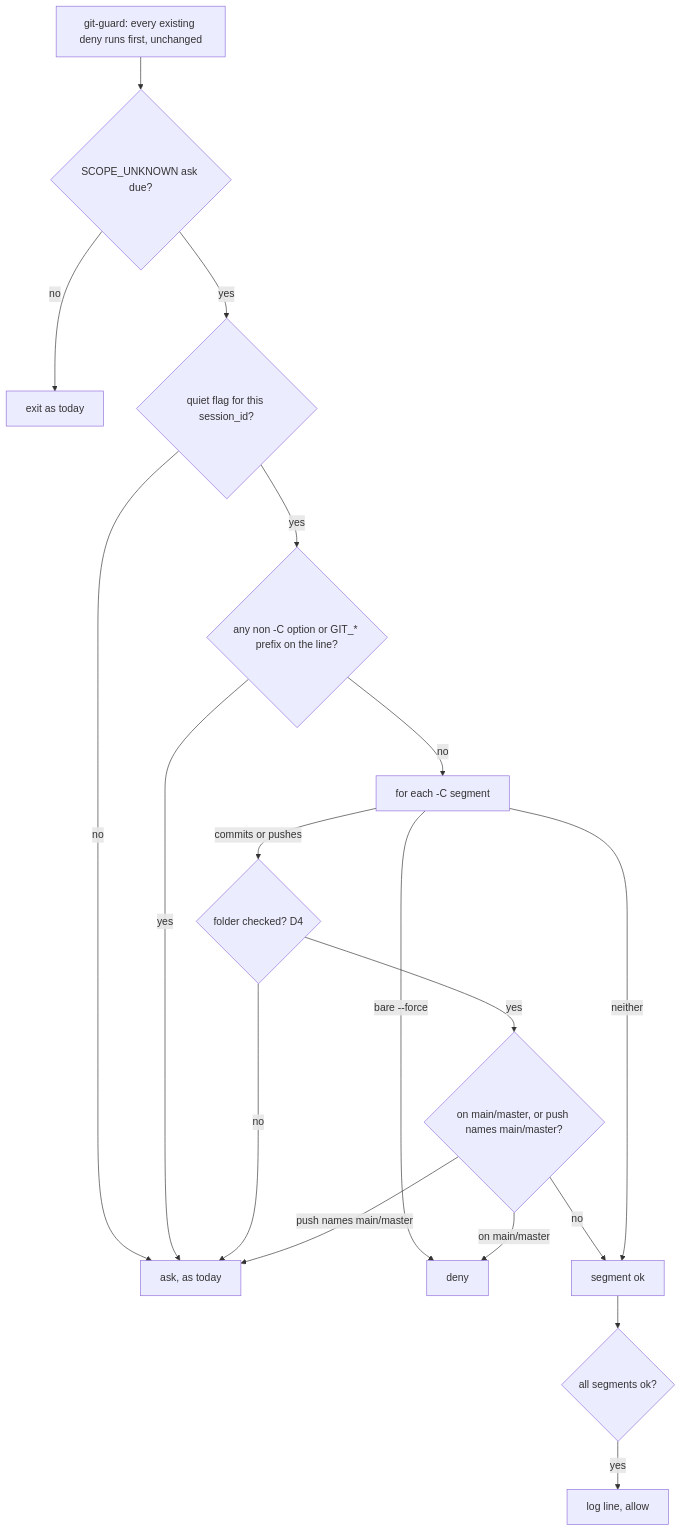
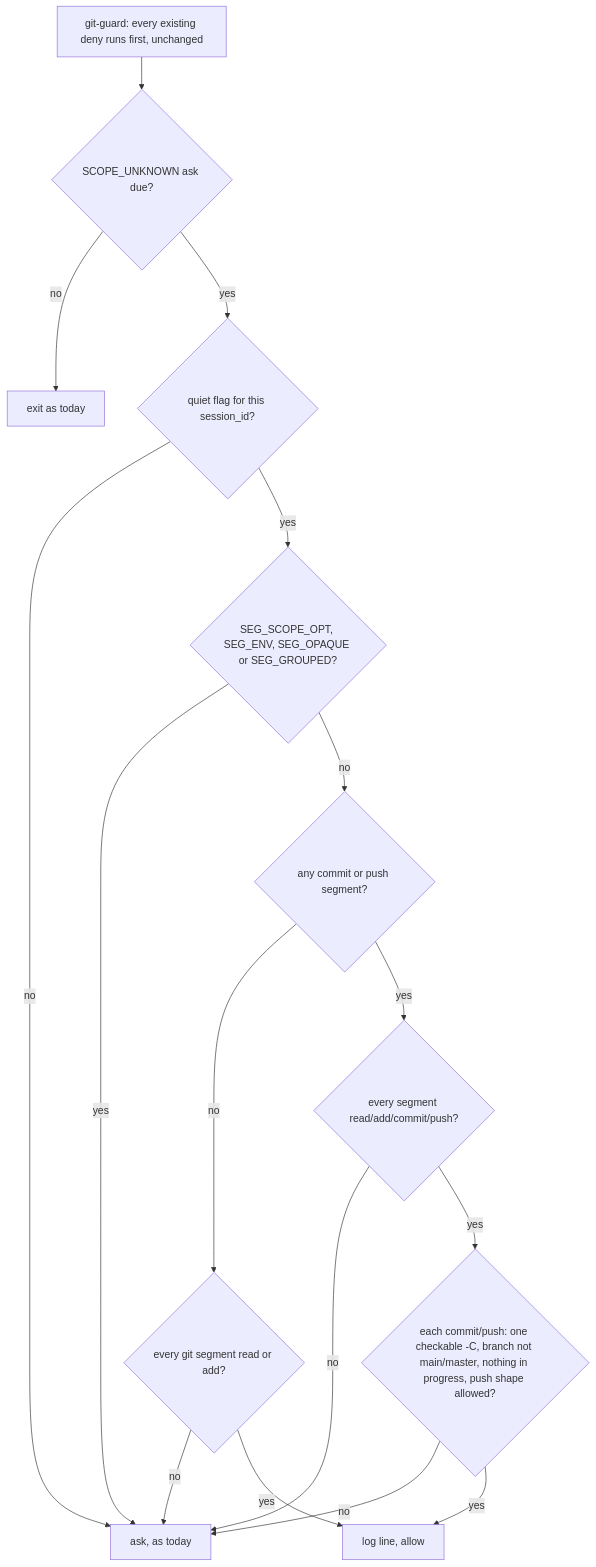
The diagram in docs/features/git-guard-quiet.md (suyatdev/.claude), drawn with Mermaid before and after one commit. The commit also changed other lines of this file, not shown here.

First line of the commit message:
docs(git-guard-quiet): revision 5 - allowlist approved by Mark after round 4

````diff
--- a/docs/features/git-guard-quiet.md
+++ b/docs/features/git-guard-quiet.md
@@ -69,20 +86,18 @@
 ```mermaid
 flowchart TD
     A[git-guard: every existing deny runs first, unchanged] --> B{SCOPE_UNKNOWN ask due?}
     B -->|no| OK[exit as today]
     B -->|yes| Q{quiet flag for this session_id?}
     Q -->|no| ASK[ask, as today]
-    Q -->|yes| O{any non -C option or GIT_* prefix on the line?}
+    Q -->|yes| O{SEG_SCOPE_OPT, SEG_ENV, SEG_OPAQUE or SEG_GROUPED?}
     O -->|yes| ASK
-    O -->|no| S[for each -C segment]
-    S -->|bare --force| DENY[deny]
-    S -->|commits or pushes| C{folder checked? D4}
+    O -->|no| L{any commit or push segment?}
+    L -->|no| R{every git segment read or add?}
+    R -->|no| ASK
+    R -->|yes| LOG[log line, allow]
+    L -->|yes| P{every segment read/add/commit/push?}
+    P -->|no| ASK
+    P -->|yes| C{each commit/push: one checkable -C, branch not main/master, nothing in progress, push shape allowed?}
     C -->|no| ASK
-    C -->|yes| M{on main/master, or push names main/master?}
-    M -->|on main/master| DENY
-    M -->|push names main/master| ASK
-    M -->|no| NEXT[segment ok]
-    S -->|neither| NEXT
-    NEXT --> ALL{all segments ok?}
-    ALL -->|yes| LOG[log line, allow]
+    C -->|yes| LOG
 ```
````
